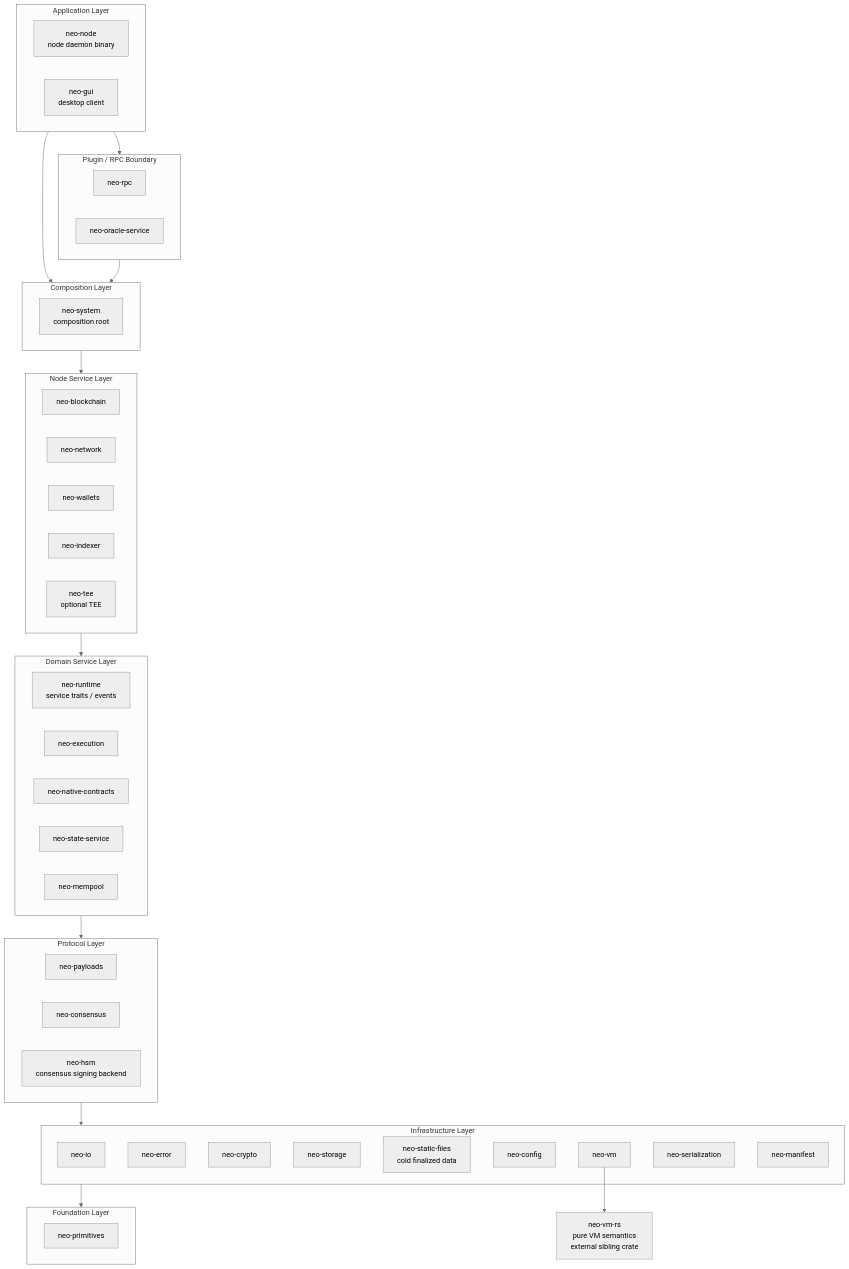
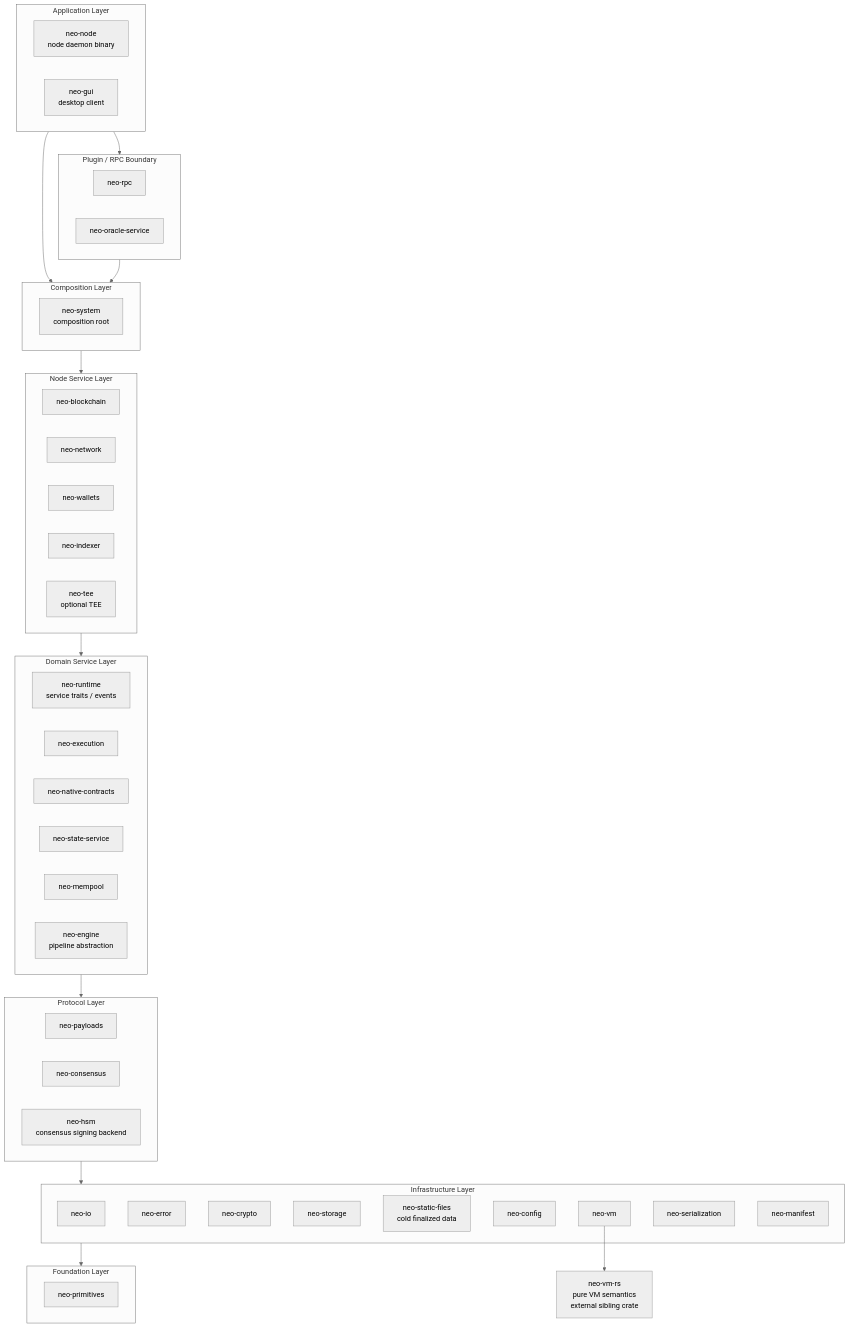
One commit to r3e-network/neo-rs changed the diagram in docs/architecture.md. Above: the diagram before and after it, drawn with Mermaid (neutral theme). The commit also changed other lines of this file and 315 other files, not shown here.

````diff
--- a/docs/architecture.md
+++ b/docs/architecture.md
@@ -24,66 +24,67 @@
 ```mermaid
 flowchart TD
     subgraph APP["Application Layer"]
         node[neo-node<br/>node daemon binary]
         gui[neo-gui<br/>desktop client]
     end
 
     subgraph PLUG["Plugin / RPC Boundary"]
         rpc[neo-rpc]
         oracle[neo-oracle-service]
     end
 
     subgraph COMP["Composition Layer"]
         system[neo-system<br/>composition root]
     end
 
     subgraph SVC["Node Service Layer"]
         blockchain[neo-blockchain]
         network[neo-network]
         wallets[neo-wallets]
         indexer[neo-indexer]
         tee[neo-tee<br/>optional TEE]
     end
 
     subgraph DOM["Domain Service Layer"]
         runtime[neo-runtime<br/>service traits / events]
         execution[neo-execution]
         natives[neo-native-contracts]
         state[neo-state-service]
         mempool[neo-mempool]
+        engine[neo-engine<br/>pipeline abstraction]
     end
 
     subgraph PROTO["Protocol Layer"]
         payloads[neo-payloads]
         consensus[neo-consensus]
         hsm[neo-hsm<br/>consensus signing backend]
     end
 
     subgraph INF["Infrastructure Layer"]
         io[neo-io]
         error[neo-error]
         crypto[neo-crypto]
         storage[neo-storage]
         static_files[neo-static-files<br/>cold finalized data]
         config[neo-config]
         vm[neo-vm]
         serialization[neo-serialization]
         manifest[neo-manifest]
     end
 
     subgraph FND["Foundation Layer"]
         primitives[neo-primitives]
     end
 
     extvm[neo-vm-rs<br/>pure VM semantics<br/>external sibling crate]
 
     APP --> PLUG
     APP --> COMP
     PLUG --> COMP
     COMP --> SVC
     SVC --> DOM
     DOM --> PROTO
     PROTO --> INF
     INF --> FND
     vm --> extvm
 ```
````
